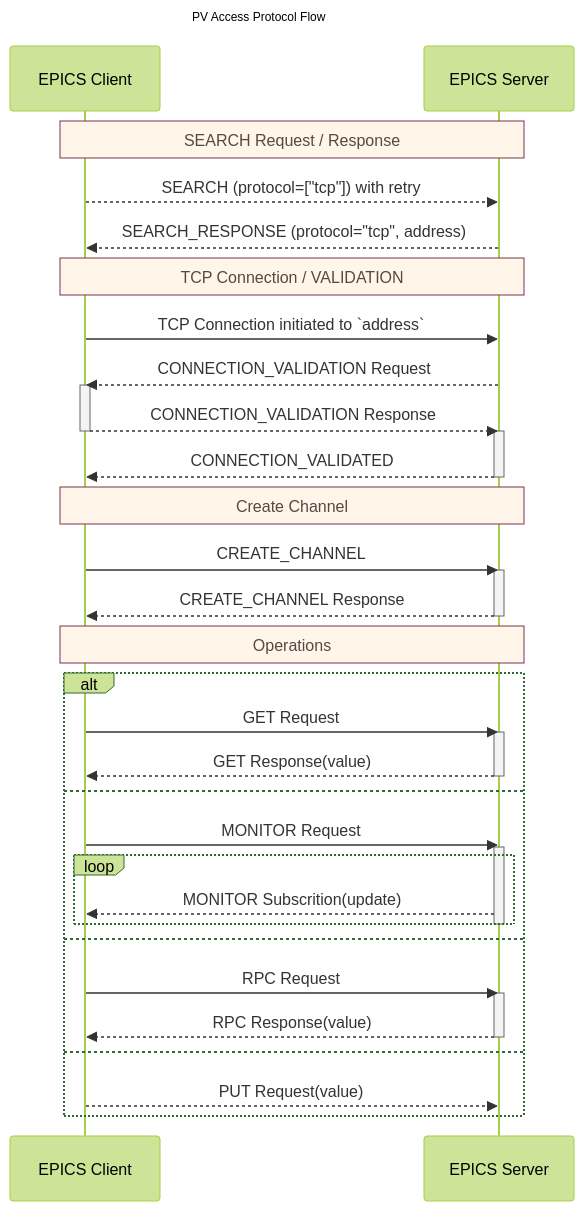
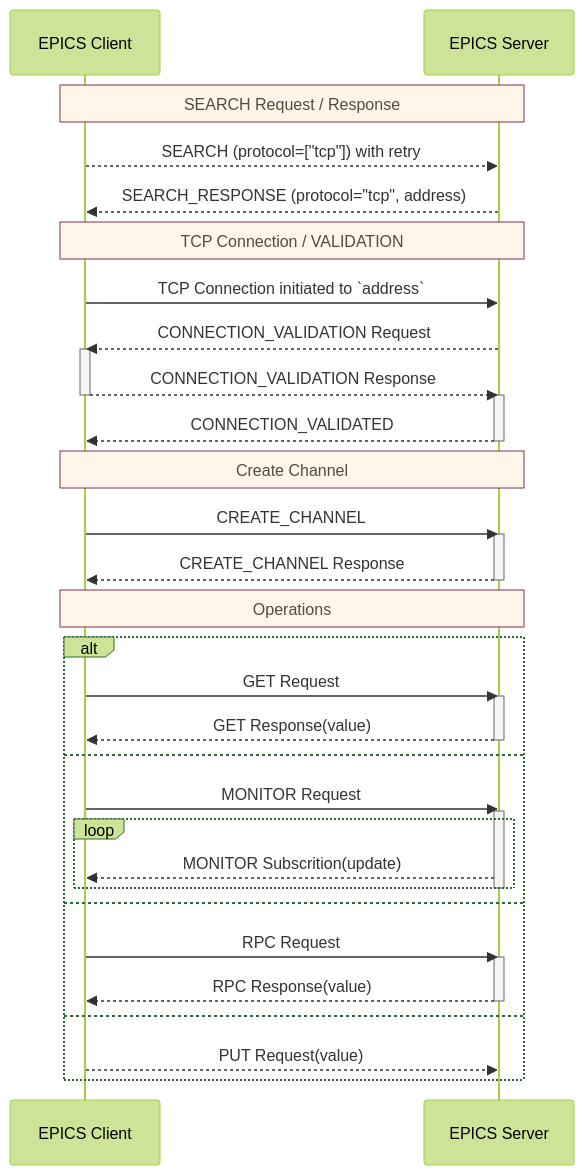
The diagram in documentation/diagram_specs/pva_seq.mmd (george-mcintyre/pvxs), drawn with Mermaid before and after one commit. The commit also changed 14 other files, not shown here.

Commit message:
"Add support for Trust Anchor handling in Secure PVAccess: Introduced `--trust-anchor` flag to download Trust Anchor into keychain file, updated certificate creation logic, and enhanced documentation with new examples, sequence diagrams, and configuration details."

```diff
--- a/documentation/diagram_specs/pva_seq.mmd
+++ b/documentation/diagram_specs/pva_seq.mmd
@@ -1,65 +1,63 @@
 %%{init: {
     'theme': 'forest',
     'themeVariables': {
         'noteBkgColor': '#fff6e9',
         'noteBorderColor': '#7c334f',
         'noteTextColor': '#544943',
         'fontFamily': 'Georgia Serif',
         'fontSize': '12px',
         'messageFontSize': '12px',
         'noteFontSize': '12px',
         'actorFontSize': '14px',
         'width': 1200,
         'boxMargin': 20,
         'messageMargin': 40
     }
 }}%%
 sequenceDiagram
-    title PV Access Protocol Flow
-
     participant Agent as EPICS Client
     participant Peer as EPICS Server
 
     Note over Agent, Peer: SEARCH Request / Response
     Agent-->>Peer: SEARCH (protocol=["tcp"]) with retry
     Peer-->>Agent: SEARCH_RESPONSE (protocol="tcp", address)
 
     Note over Agent, Peer: TCP Connection / VALIDATION
     Agent->>Peer: TCP Connection initiated to `address`
 
     Peer-->>Agent: CONNECTION_VALIDATION Request
     activate Agent
     Agent-->>Peer: CONNECTION_VALIDATION Response
     deactivate Agent
     activate Peer
     Peer-->>Agent: CONNECTION_VALIDATED
     deactivate Peer
 
     Note over Agent, Peer: Create Channel
     Agent->>Peer: CREATE_CHANNEL
     activate Peer
     Peer-->>Agent: CREATE_CHANNEL Response
     deactivate Peer
 
     %% Operations
     Note over Agent, Peer: Operations
     alt
         Agent->>Peer: GET Request
         activate Peer
         Peer-->>Agent: GET Response(value)
         deactivate Peer
     else
         Agent->>Peer: MONITOR Request
         activate Peer
         loop
             Peer-->>Agent: MONITOR Subscrition(update)
         end
         deactivate Peer
     else
         Agent->>Peer: RPC Request
         activate Peer
         Peer-->>Agent: RPC Response(value)
         deactivate Peer
     else
         Agent-->>Peer: PUT Request(value)
     end
```
